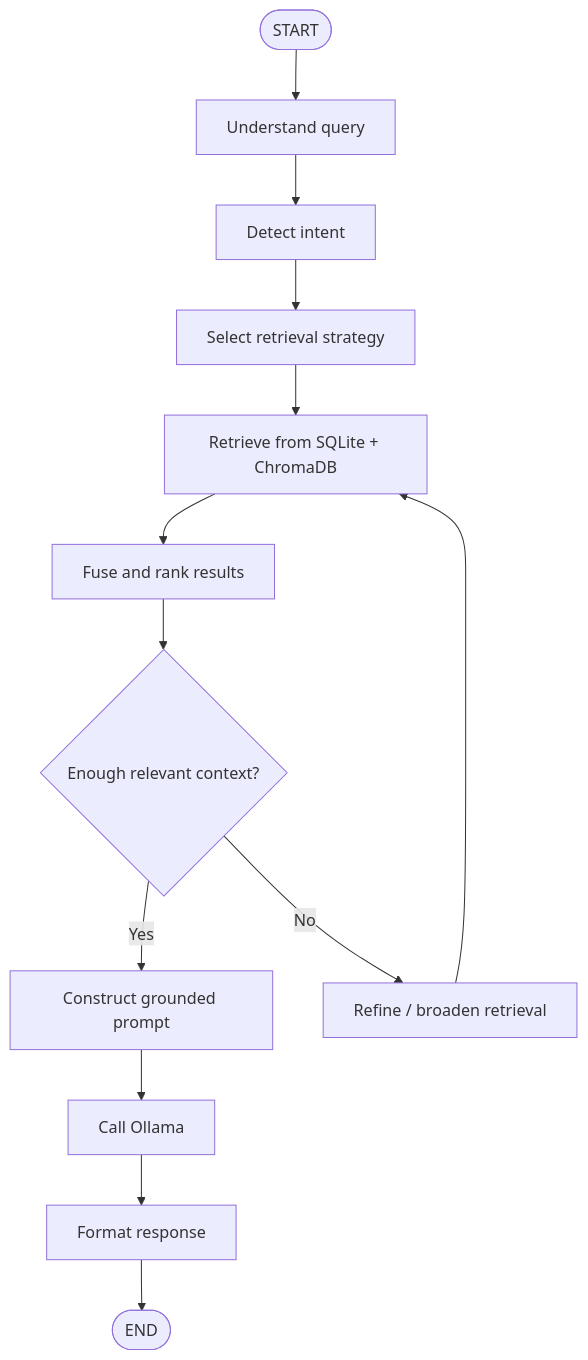
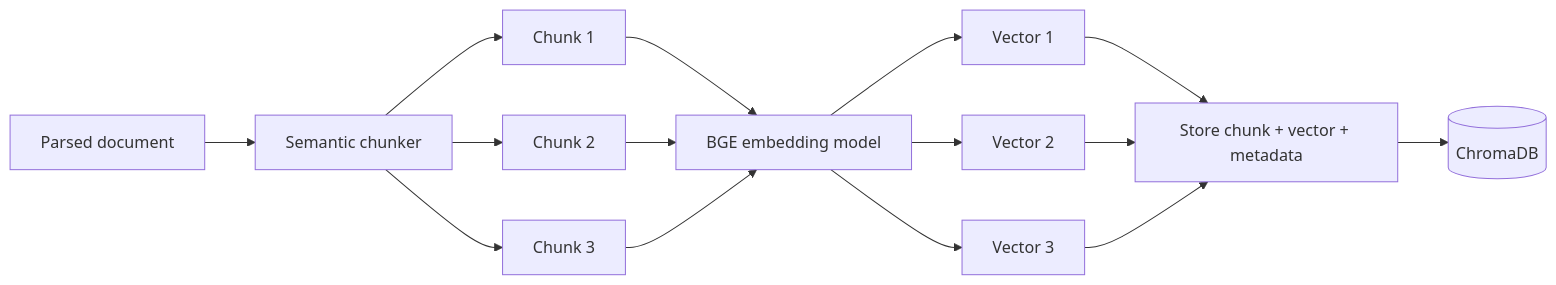
The fourth of 10 diagrams in README.md (pratik-0302/job_description_agent), drawn with Mermaid before and after one commit. The commit also changed other lines of this file, not shown here.

Commit message:
Expand README with complete documentation and Mermaid diagrams

````diff
--- a/README.md
+++ b/README.md
@@ -112,15 +192,17 @@
 ```mermaid
-flowchart TD
-    START(["START"]) --> Q["Understand query"]
-    Q --> INTENT["Detect intent"]
-    INTENT --> PLAN["Select retrieval strategy"]
-    PLAN --> RET["Retrieve from SQLite + ChromaDB"]
-    RET --> FUSE["Fuse and rank results"]
-    FUSE --> CHECK{"Enough relevant context?"}
-    CHECK -- Yes --> PROMPT["Construct grounded prompt"]
-    CHECK -- No --> REFINE["Refine / broaden retrieval"]
-    REFINE --> RET
-    PROMPT --> LLM["Call Ollama"]
-    LLM --> VALIDATE["Format response"]
-    VALIDATE --> END(["END"])
+flowchart LR
+    A["Parsed document"] --> B["Semantic chunker"]
+    B --> C1["Chunk 1"]
+    B --> C2["Chunk 2"]
+    B --> C3["Chunk 3"]
+    C1 --> D["BGE embedding model"]
+    C2 --> D
+    C3 --> D
+    D --> E1["Vector 1"]
+    D --> E2["Vector 2"]
+    D --> E3["Vector 3"]
+    E1 --> F["Store chunk + vector + metadata"]
+    E2 --> F
+    E3 --> F
+    F --> G[("ChromaDB")]
 ```
````
